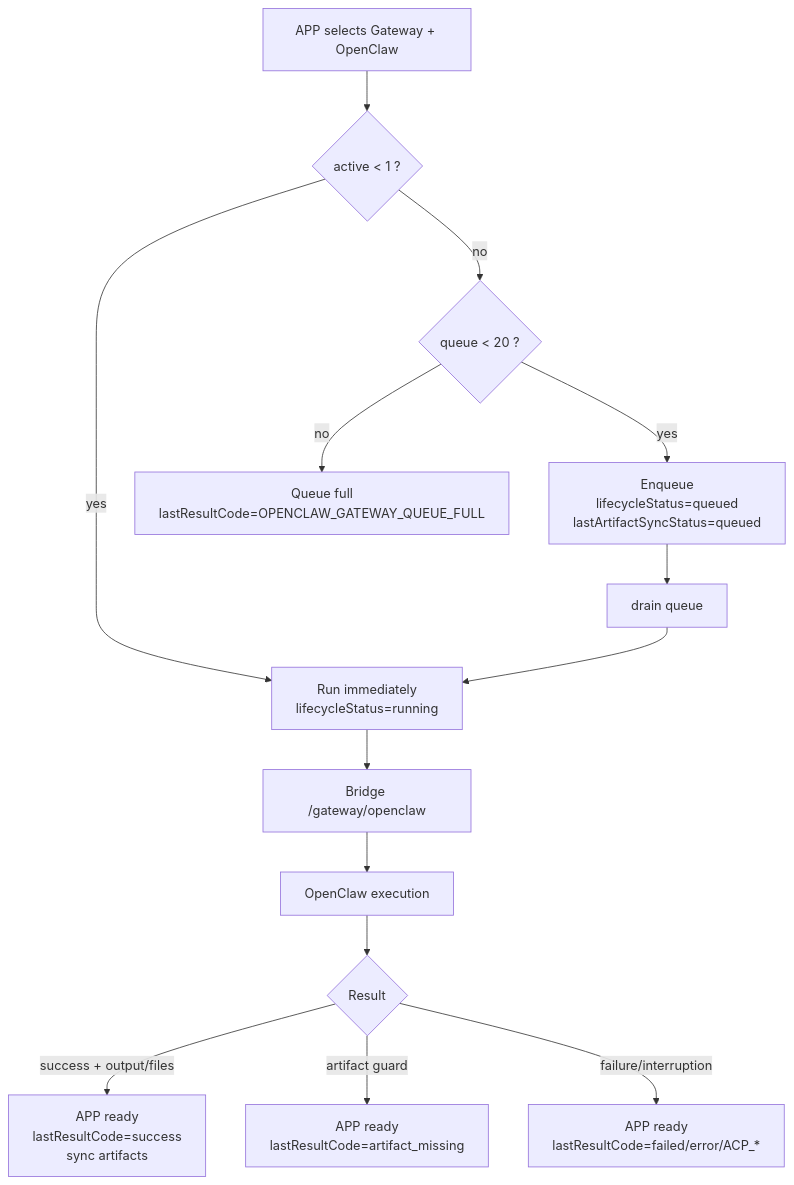
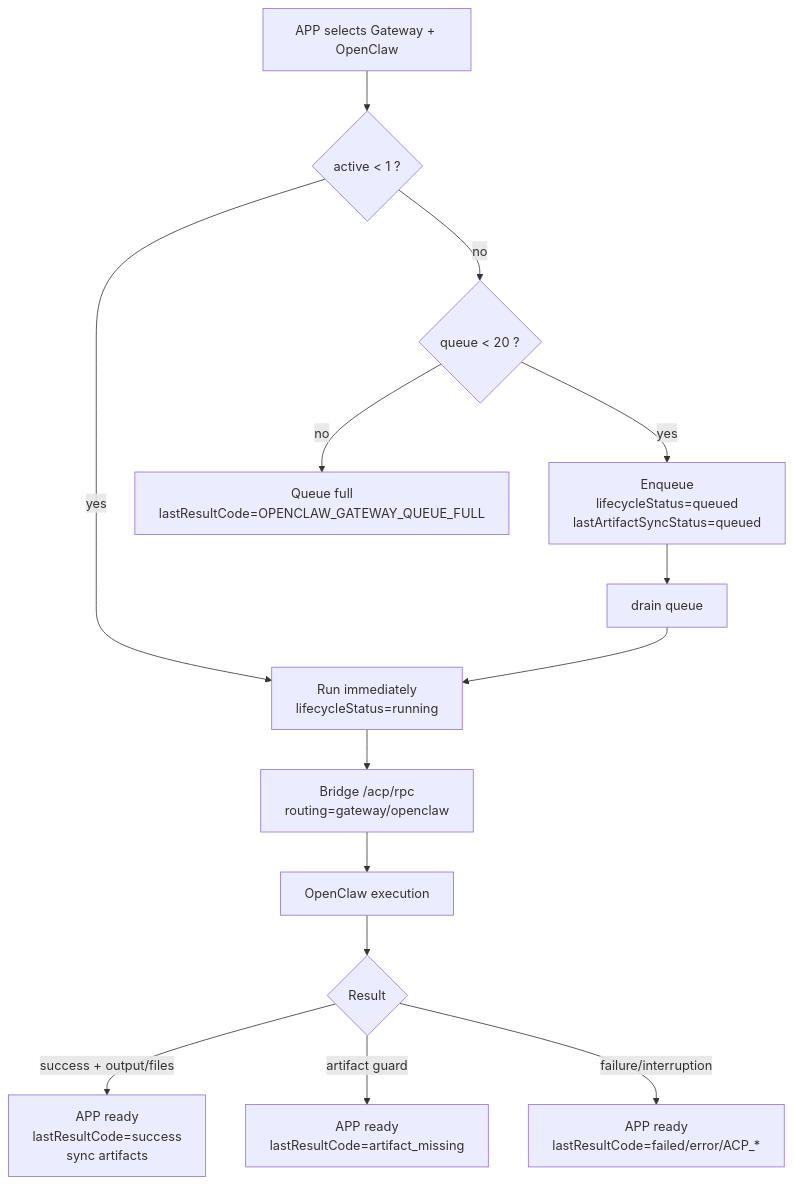
The fourth of 7 diagrams in docs/architecture/cross-repo-task-state-workflow.md (ai-workspace-lab/xworkmate-app), drawn with Mermaid before and after one commit. The commit also changed other lines of this file and 9 other files, not shown here.

````diff
--- a/docs/architecture/cross-repo-task-state-workflow.md
+++ b/docs/architecture/cross-repo-task-state-workflow.md
@@ -101,17 +101,17 @@
 ```mermaid
 flowchart TD
   A["APP selects Gateway + OpenClaw"] --> B{"active < 1 ?"}
   B -->|yes| C["Run immediately<br/>lifecycleStatus=running"]
   B -->|no| D{"queue < 20 ?"}
   D -->|yes| E["Enqueue<br/>lifecycleStatus=queued<br/>lastArtifactSyncStatus=queued"]
   D -->|no| F["Queue full<br/>lastResultCode=OPENCLAW_GATEWAY_QUEUE_FULL"]
 
   E --> G["drain queue"]
   G --> C
-  C --> H["Bridge /gateway/openclaw"]
+  C --> H["Bridge /acp/rpc<br/>routing=gateway/openclaw"]
   H --> I["OpenClaw execution"]
   I --> J{"Result"}
   J -->|success + output/files| K["APP ready<br/>lastResultCode=success<br/>sync artifacts"]
   J -->|artifact guard| L["APP ready<br/>lastResultCode=artifact_missing"]
   J -->|failure/interruption| M["APP ready<br/>lastResultCode=failed/error/ACP_*"]
 ```
````
